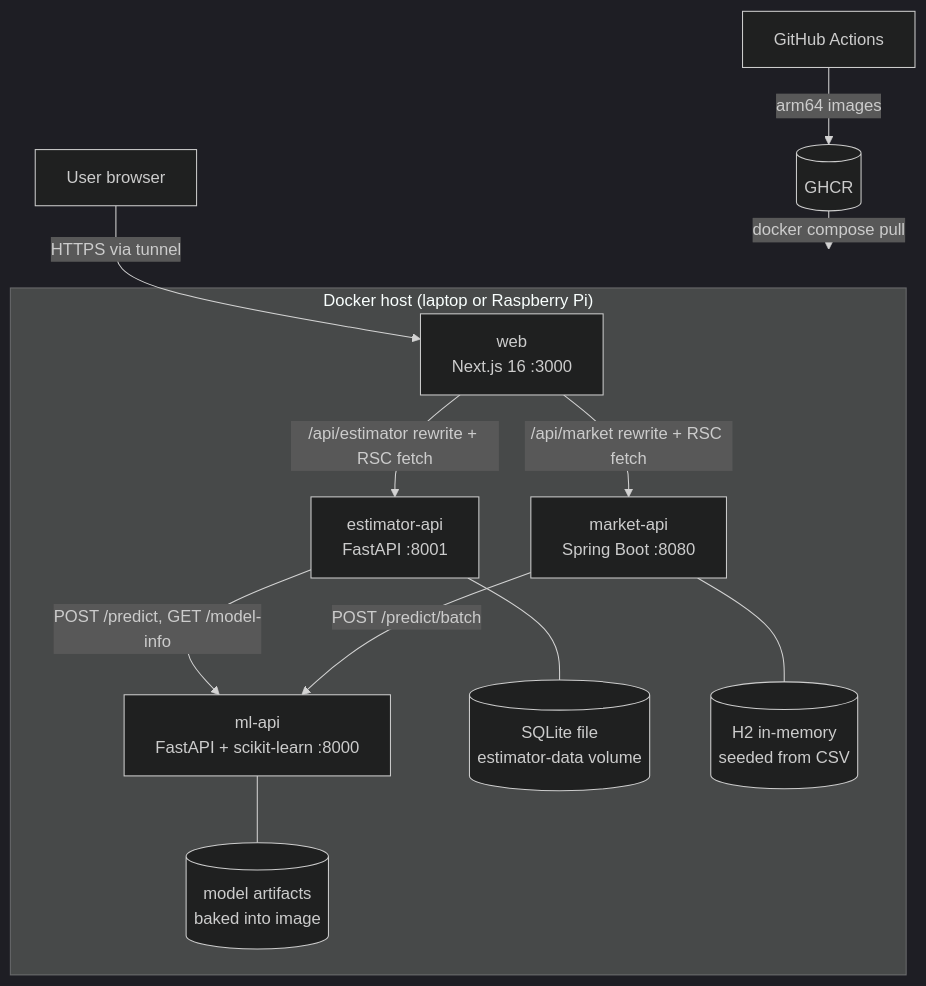
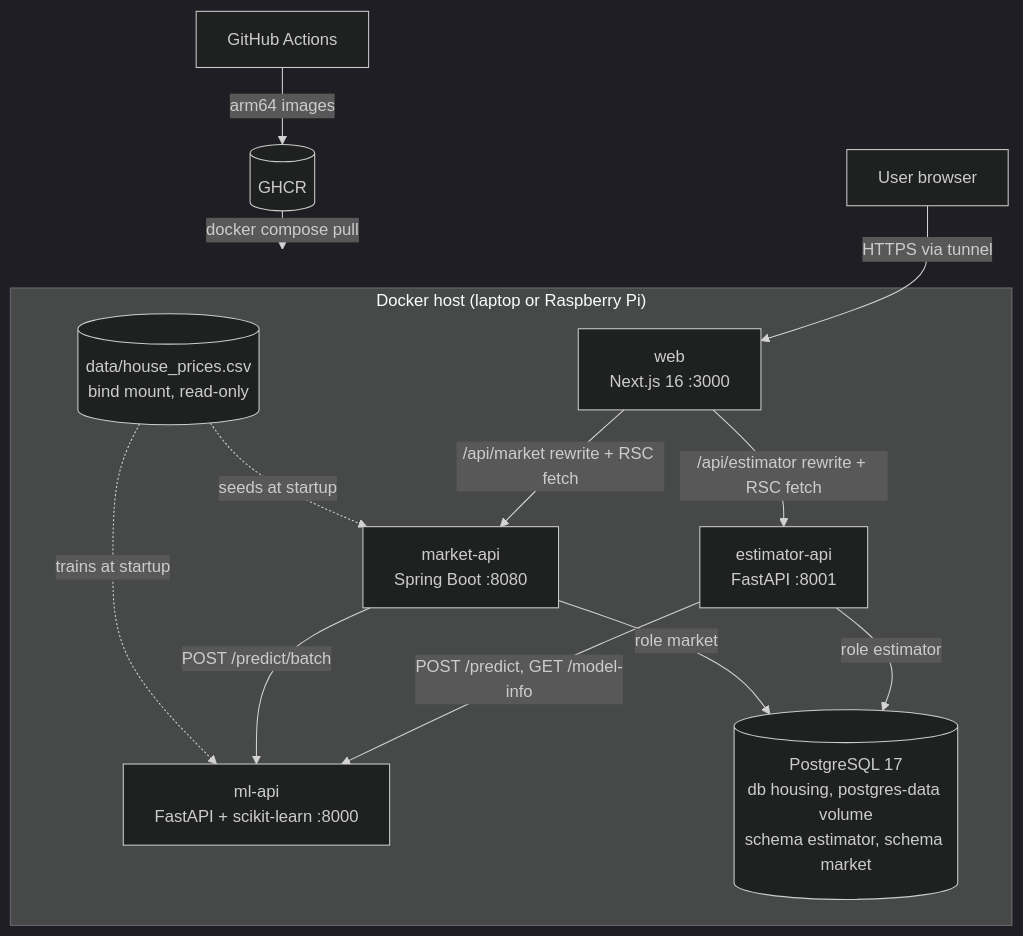
The first of 4 diagrams in ARCHITECTURE.md (Ekhrapykin/housing-prediction-portal), drawn with Mermaid (dark theme) before and after one commit. The commit also changed other lines of this file and 35 other files, not shown here.

First line of the commit message:
Move storage to Postgres with schema-per-service and share one dataset

````diff
--- a/ARCHITECTURE.md
+++ b/ARCHITECTURE.md
@@ -7,22 +7,22 @@
 ```mermaid
 flowchart TB
   U[User browser] -->|HTTPS via tunnel| W
   subgraph Host["Docker host (laptop or Raspberry Pi)"]
     W[web<br/>Next.js 16 :3000]
     E[estimator-api<br/>FastAPI :8001]
     M[market-api<br/>Spring Boot :8080]
     ML[ml-api<br/>FastAPI + scikit-learn :8000]
-    DB[(SQLite file<br/>estimator-data volume)]
-    H2[(H2 in-memory<br/>seeded from CSV)]
-    A[(model artifacts<br/>baked into image)]
+    PG[(PostgreSQL 17<br/>db housing, postgres-data volume<br/>schema estimator, schema market)]
+    CSV[(data/house_prices.csv<br/>bind mount, read-only)]
     W -->|/api/estimator rewrite + RSC fetch| E
     W -->|/api/market rewrite + RSC fetch| M
     E -->|POST /predict, GET /model-info| ML
     M -->|POST /predict/batch| ML
-    E --- DB
-    M --- H2
-    ML --- A
+    E -->|role estimator| PG
+    M -->|role market| PG
+    CSV -.->|trains at startup| ML
+    CSV -.->|seeds at startup| M
   end
   GH[GitHub Actions] -->|arm64 images| GHCR[(GHCR)]
   GHCR -->|docker compose pull| Host
 ```
````
